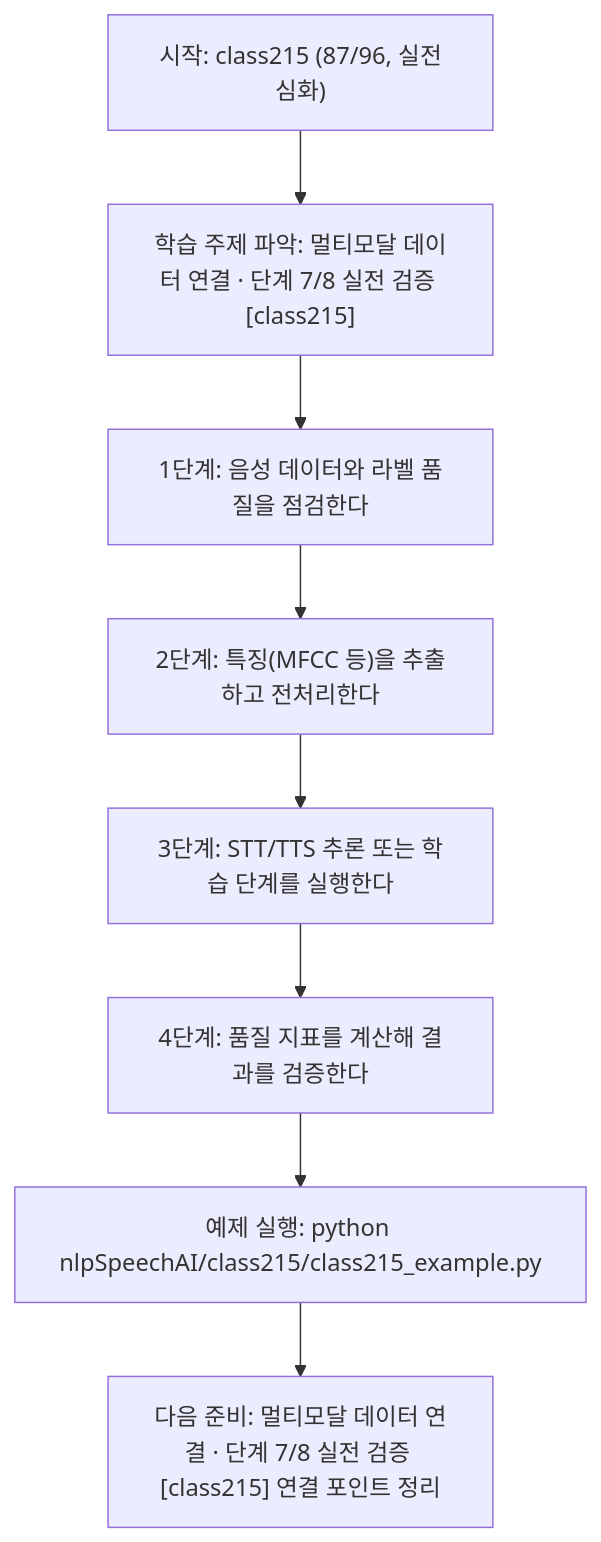
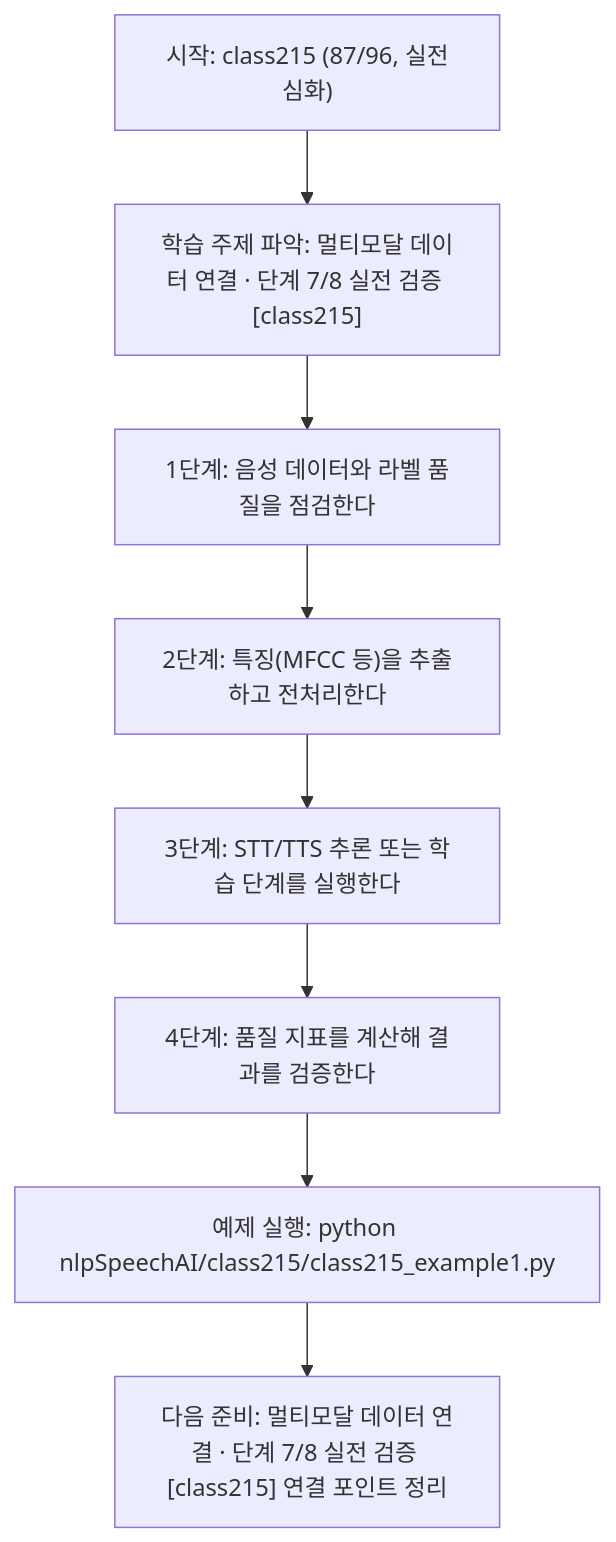
One commit to edumgt/Python-AI_Agent-Class changed the diagram in nlpSpeechAI/class215/class215.md. Above: the diagram before and after it, drawn with Mermaid. The commit also changed other lines of this file and 2959 other files, not shown here.

````diff
--- a/nlpSpeechAI/class215/class215.md
+++ b/nlpSpeechAI/class215/class215.md
@@ -114,18 +114,18 @@
 ```mermaid
 flowchart TD
 N1["시작: class215 (87/96, 실전심화)"]
 N2["학습 주제 파악: 멀티모달 데이터 연결 · 단계 7/8 실전 검증 [class215]"]
 N3["1단계: 음성 데이터와 라벨 품질을 점검한다"]
 N4["2단계: 특징(MFCC 등)을 추출하고 전처리한다"]
 N5["3단계: STT/TTS 추론 또는 학습 단계를 실행한다"]
 N6["4단계: 품질 지표를 계산해 결과를 검증한다"]
-N7["예제 실행: python nlpSpeechAI/class215/class215_example.py"]
+N7["예제 실행: python nlpSpeechAI/class215/class215_example1.py"]
 N8["다음 준비: 멀티모달 데이터 연결 · 단계 7/8 실전 검증 [class215] 연결 포인트 정리"]
 N1 --> N2
 N2 --> N3
 N3 --> N4
 N4 --> N5
 N5 --> N6
 N6 --> N7
 N7 --> N8
 ```
````
